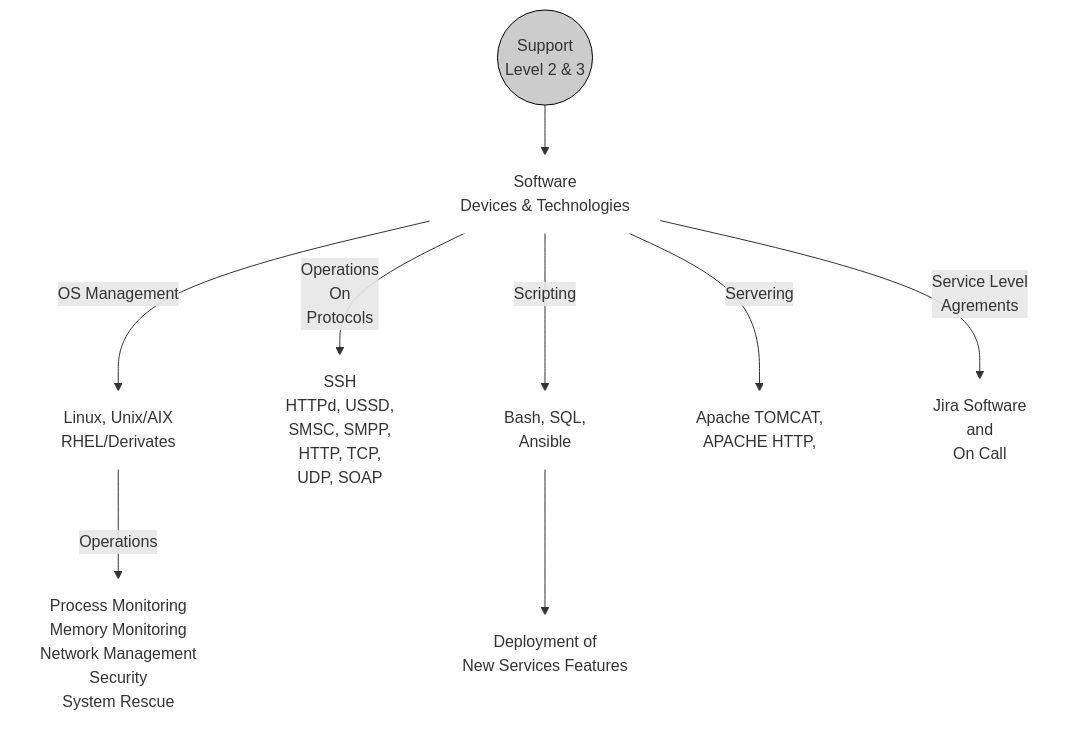
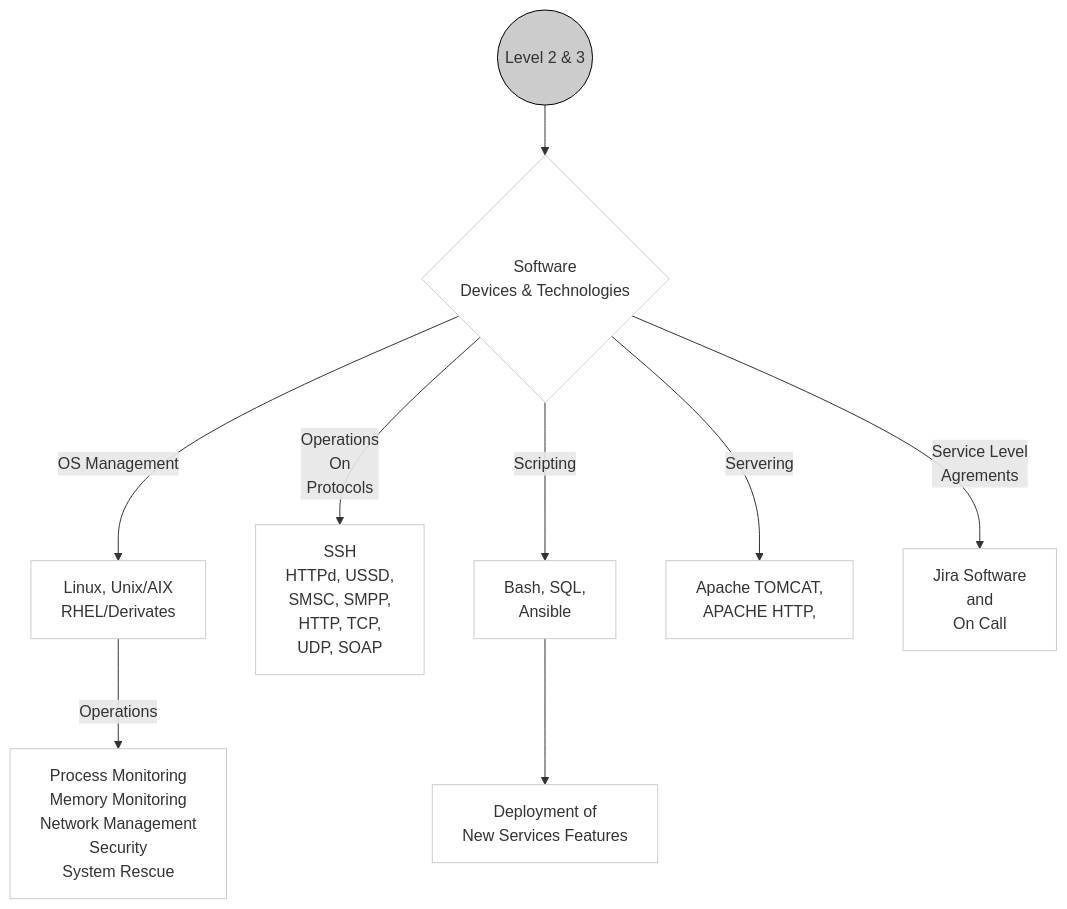
One commit to kjfigueroa/profile changed the fourth of 7 diagrams in README.md. Above: the diagram before and after it, drawn with Mermaid. The commit also changed other lines of this file, not shown here.

Commit message:
graphics skills on mermaid

````diff
--- a/README.md
+++ b/README.md
@@ -102,18 +95,18 @@
 ```mermaid
 flowchart TD
-L((Support<br>Level 2 & 3));style L fill:#ccc,stroke:#000;
-SDT[Software<br>Devices & Technologies]; style SDT fill:#fff,stroke:#fff;
-O[Linux, Unix/AIX<br>RHEL/Derivates]; style O fill:#fff,stroke:#fff;
-O1[Process Monitoring<br>Memory Monitoring<br>Network Management<br>Security<br>System Rescue]; style O1 fill:#fff,stroke:#fff;
-OPS[SSH<br>HTTPd, USSD,<br> SMSC, SMPP,<br> HTTP, TCP,<br> UDP, SOAP]; style OPS fill:#fff,stroke:#fff;
-SC[Bash, SQL,<br>Ansible]; style SC fill:#fff,stroke:#fff;
-SC1[Deployment of<br>New Services Features]; style SC1 fill:#fff,stroke:#fff;
-SV[Apache TOMCAT,<br>APACHE HTTP,<br>];style SV fill:#fff,stroke:#fff;
-SL[Jira Software<br>and<br>On Call]; style SL fill:#fff,stroke:#fff;
+L((Level 2 & 3));style L fill:#ccc,stroke:#000;
+SDT{Software<br>Devices & Technologies}; style SDT fill:#fff,stroke:#ccc;
+O[Linux, Unix/AIX<br>RHEL/Derivates]; style O fill:#fff,stroke:#ccc;
+O1[Process Monitoring<br>Memory Monitoring<br>Network Management<br>Security<br>System Rescue]; style O1 fill:#fff,stroke:#ccc;
+OPS[SSH<br>HTTPd, USSD,<br> SMSC, SMPP,<br> HTTP, TCP,<br> UDP, SOAP]; style OPS fill:#fff,stroke:#ccc;
+SC[Bash, SQL,<br>Ansible]; style SC fill:#fff,stroke:#ccc;
+SC1[Deployment of<br>New Services Features]; style SC1 fill:#fff,stroke:#ccc;
+SV[Apache TOMCAT,<br>APACHE HTTP,<br>];style SV fill:#fff,stroke:#ccc;
+SL[Jira Software<br>and<br>On Call]; style SL fill:#fff,stroke:#ccc;
 L --> SDT
 SDT -->|OS Management| O; O -->|Operations| O1
 SDT -->|Operations<br>On<br>Protocols| OPS
 SDT -->|Scripting| SC --> SC1
 SDT -->|Servering| SV
 SDT -->|Service Level<br>Agrements| SL
 ```
````
